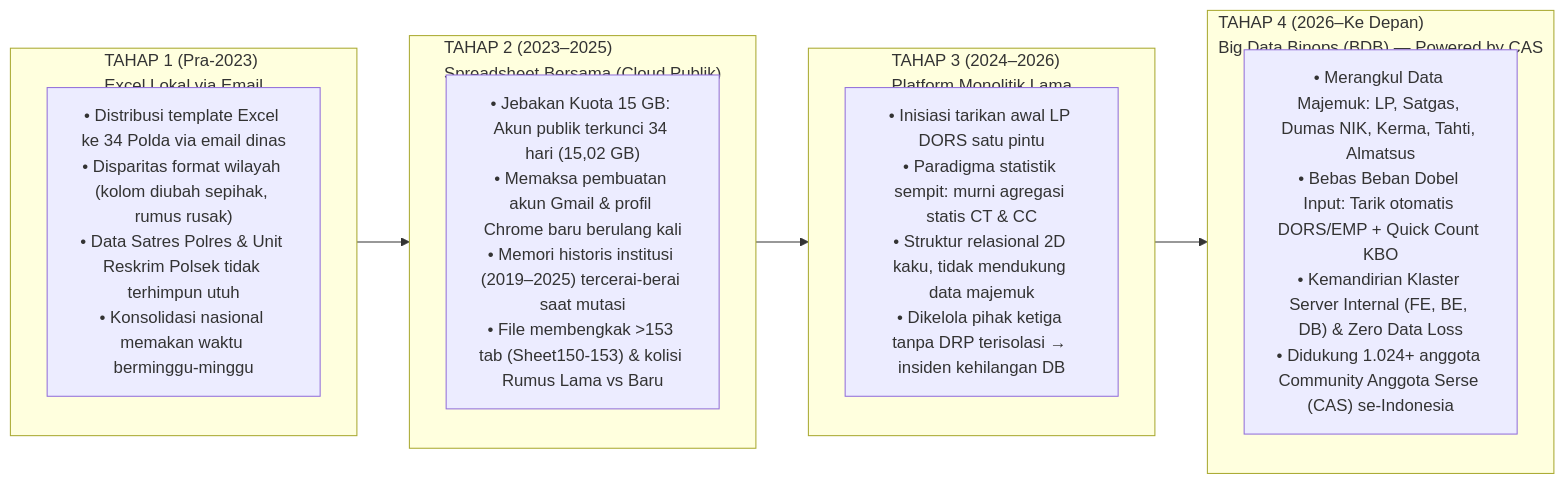
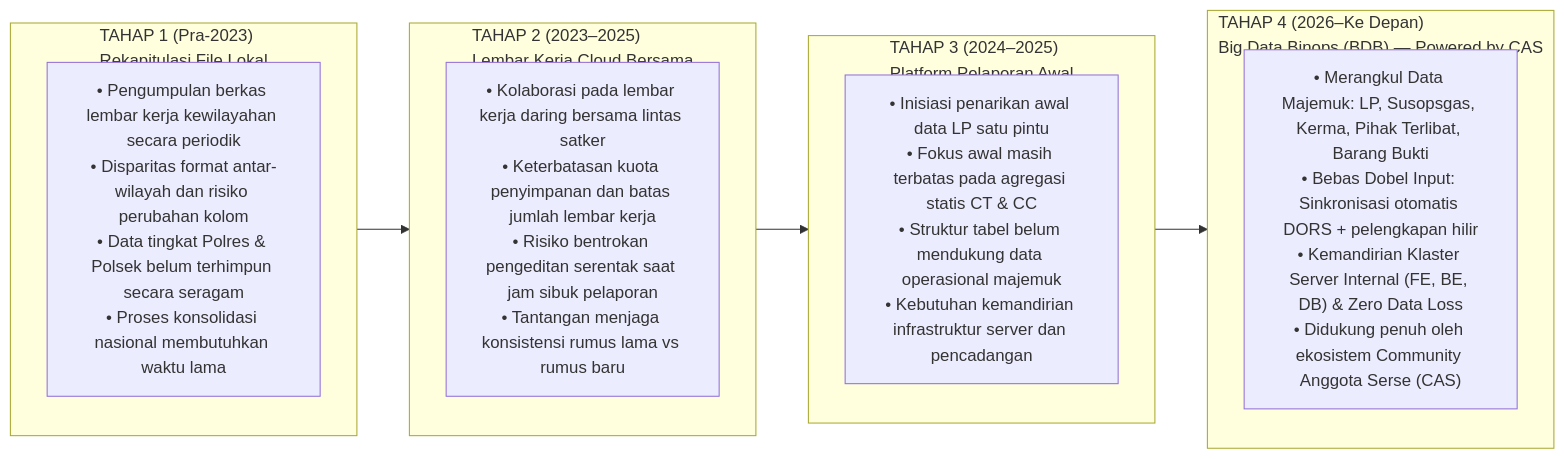
One commit to omeko42/big-data-binops changed the first of 3 diagrams in docs/STRATEGIC_GOVERNANCE_AND_EVOLUTION.md. Above: the diagram before and after it, drawn with Mermaid. The commit also changed other lines of this file and 40 other files, not shown here.

````diff
--- a/docs/STRATEGIC_GOVERNANCE_AND_EVOLUTION.md
+++ b/docs/STRATEGIC_GOVERNANCE_AND_EVOLUTION.md
@@ -22,20 +22,20 @@
 ```mermaid
 flowchart LR
-    subgraph T1["TAHAP 1 (Pra-2023)\nExcel Lokal via Email"]
-        T1A["• Distribusi template Excel ke 34 Polda via email dinas\n• Disparitas format wilayah (kolom diubah sepihak, rumus rusak)\n• Data Satres Polres & Unit Reskrim Polsek tidak terhimpun utuh\n• Konsolidasi nasional memakan waktu berminggu-minggu"]
+    subgraph T1["TAHAP 1 (Pra-2023)\nRekapitulasi File Lokal"]
+        T1A["• Pengumpulan berkas lembar kerja kewilayahan secara periodik\n• Disparitas format antar-wilayah dan risiko perubahan kolom\n• Data tingkat Polres & Polsek belum terhimpun secara seragam\n• Proses konsolidasi nasional membutuhkan waktu lama"]
     end
 
-    subgraph T2["TAHAP 2 (2023–2025)\nSpreadsheet Bersama (Cloud Publik)"]
-        T2A["• Jebakan Kuota 15 GB: Akun publik terkunci 34 hari (15,02 GB)\n• Memaksa pembuatan akun Gmail & profil Chrome baru berulang kali\n• Memori historis institusi (2019–2025) tercerai-berai saat mutasi\n• File membengkak >153 tab (Sheet150-153) & kolisi Rumus Lama vs Baru"]
+    subgraph T2["TAHAP 2 (2023–2025)\nLembar Kerja Cloud Bersama"]
+        T2A["• Kolaborasi pada lembar kerja daring bersama lintas satker\n• Keterbatasan kuota penyimpanan dan batas jumlah lembar kerja\n• Risiko bentrokan pengeditan serentak saat jam sibuk pelaporan\n• Tantangan menjaga konsistensi rumus lama vs rumus baru"]
     end
 
-    subgraph T3["TAHAP 3 (2024–2026)\nPlatform Monolitik Lama"]
-        T3A["• Inisiasi tarikan awal LP DORS satu pintu\n• Paradigma statistik sempit: murni agregasi statis CT & CC\n• Struktur relasional 2D kaku, tidak mendukung data majemuk\n• Dikelola pihak ketiga tanpa DRP terisolasi → insiden kehilangan DB"]
+    subgraph T3["TAHAP 3 (2024–2025)\nPlatform Pelaporan Awal"]
+        T3A["• Inisiasi penarikan awal data LP satu pintu\n• Fokus awal masih terbatas pada agregasi statis CT & CC\n• Struktur tabel belum mendukung data operasional majemuk\n• Kebutuhan kemandirian infrastruktur server dan pencadangan"]
     end
 
     subgraph T4["TAHAP 4 (2026–Ke Depan)\nBig Data Binops (BDB) — Powered by CAS"]
-        T4A["• Merangkul Data Majemuk: LP, Satgas, Dumas NIK, Kerma, Tahti, Almatsus\n• Bebas Beban Dobel Input: Tarik otomatis DORS/EMP + Quick Count KBO\n• Kemandirian Klaster Server Internal (FE, BE, DB) & Zero Data Loss\n• Didukung 1.024+ anggota Community Anggota Serse (CAS) se-Indonesia"]
+        T4A["• Merangkul Data Majemuk: LP, Susopsgas, Kerma, Pihak Terlibat, Barang Bukti\n• Bebas Dobel Input: Sinkronisasi otomatis DORS + pelengkapan hilir\n• Kemandirian Klaster Server Internal (FE, BE, DB) & Zero Data Loss\n• Didukung penuh oleh ekosistem Community Anggota Serse (CAS)"]
     end
 
     T1 --> T2 --> T3 --> T4
 ```
````
